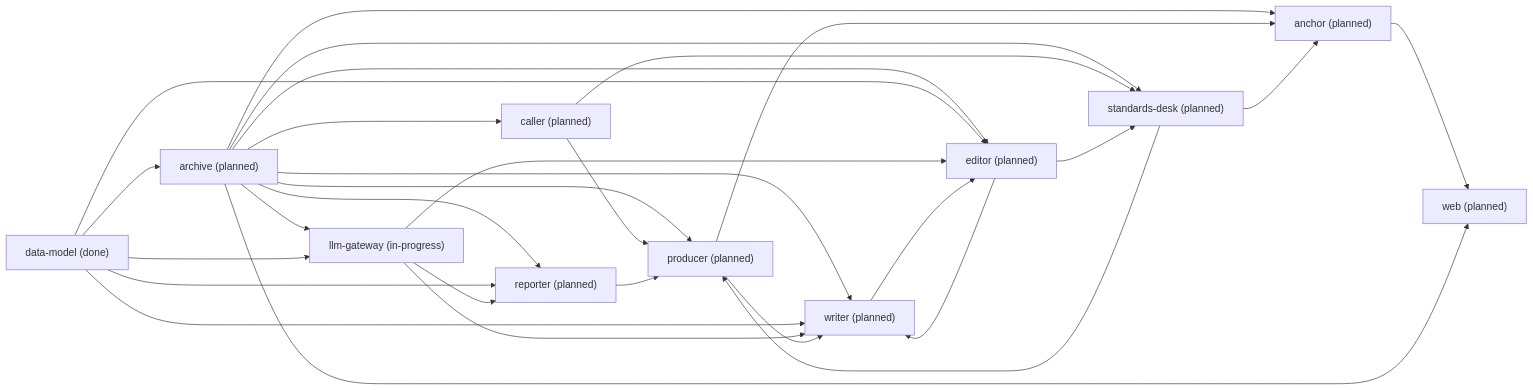
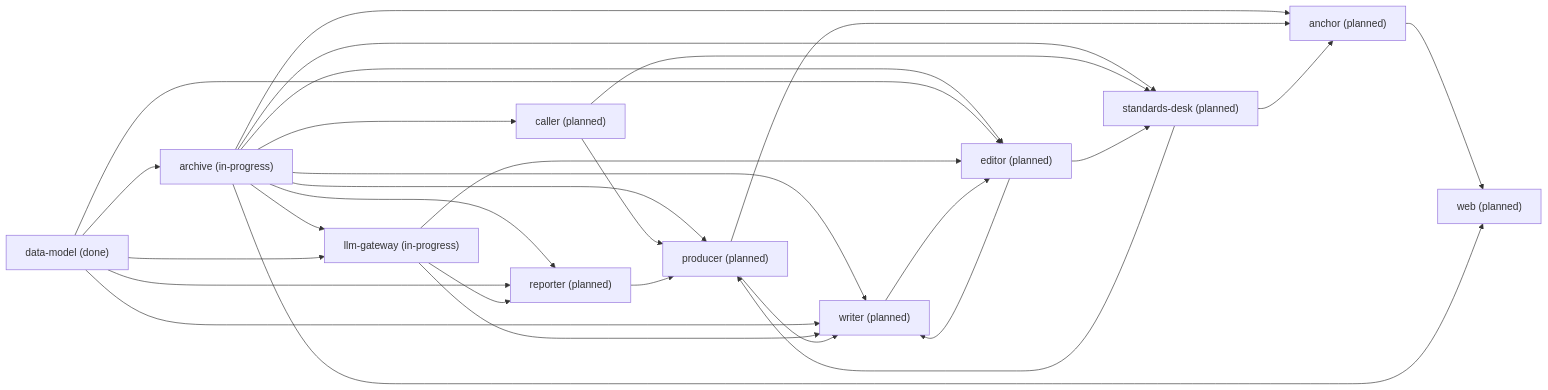
One commit to Yadnu/newsroom changed the diagram in context/GRAPH.md. Above: the diagram before and after it, drawn with Mermaid. The commit also changed other lines of this file and 12 other files, not shown here.

````diff
--- a/context/GRAPH.md
+++ b/context/GRAPH.md
@@ -30,42 +30,42 @@
 ```mermaid
 flowchart LR
   anchor["anchor (planned)"]
-  archive["archive (planned)"]
+  archive["archive (in-progress)"]
   caller["caller (planned)"]
   data_model["data-model (done)"]
   editor["editor (planned)"]
   llm_gateway["llm-gateway (in-progress)"]
   producer["producer (planned)"]
   reporter["reporter (planned)"]
   standards_desk["standards-desk (planned)"]
   web["web (planned)"]
   writer["writer (planned)"]
   anchor --> web
   archive --> anchor
   archive --> caller
   archive --> editor
   archive --> llm_gateway
   archive --> producer
   archive --> reporter
   archive --> standards_desk
   archive --> web
   archive --> writer
   caller --> producer
   caller --> standards_desk
   data_model --> archive
   data_model --> editor
   data_model --> llm_gateway
   data_model --> reporter
   data_model --> writer
   editor --> standards_desk
   editor --> writer
   llm_gateway --> editor
   llm_gateway --> reporter
   llm_gateway --> writer
   producer --> anchor
   producer --> writer
   reporter --> producer
   standards_desk --> anchor
   standards_desk --> producer
   writer --> editor
 ```
````
